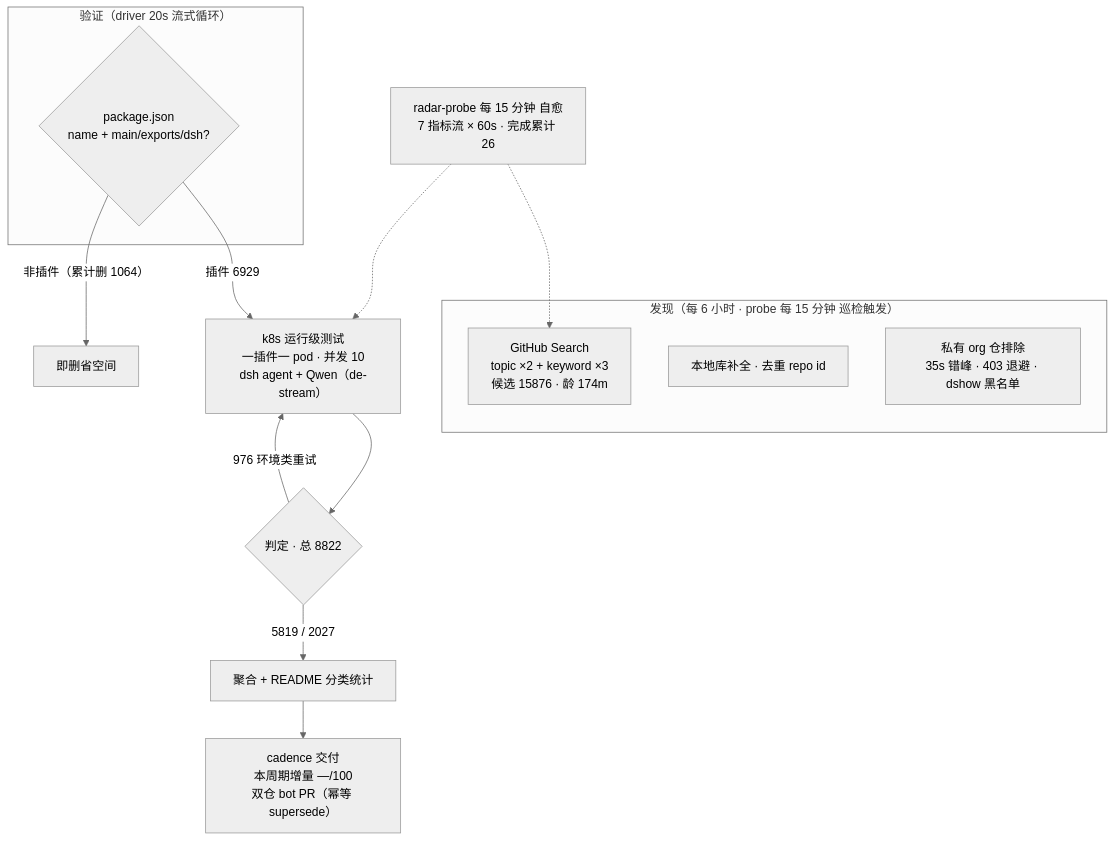
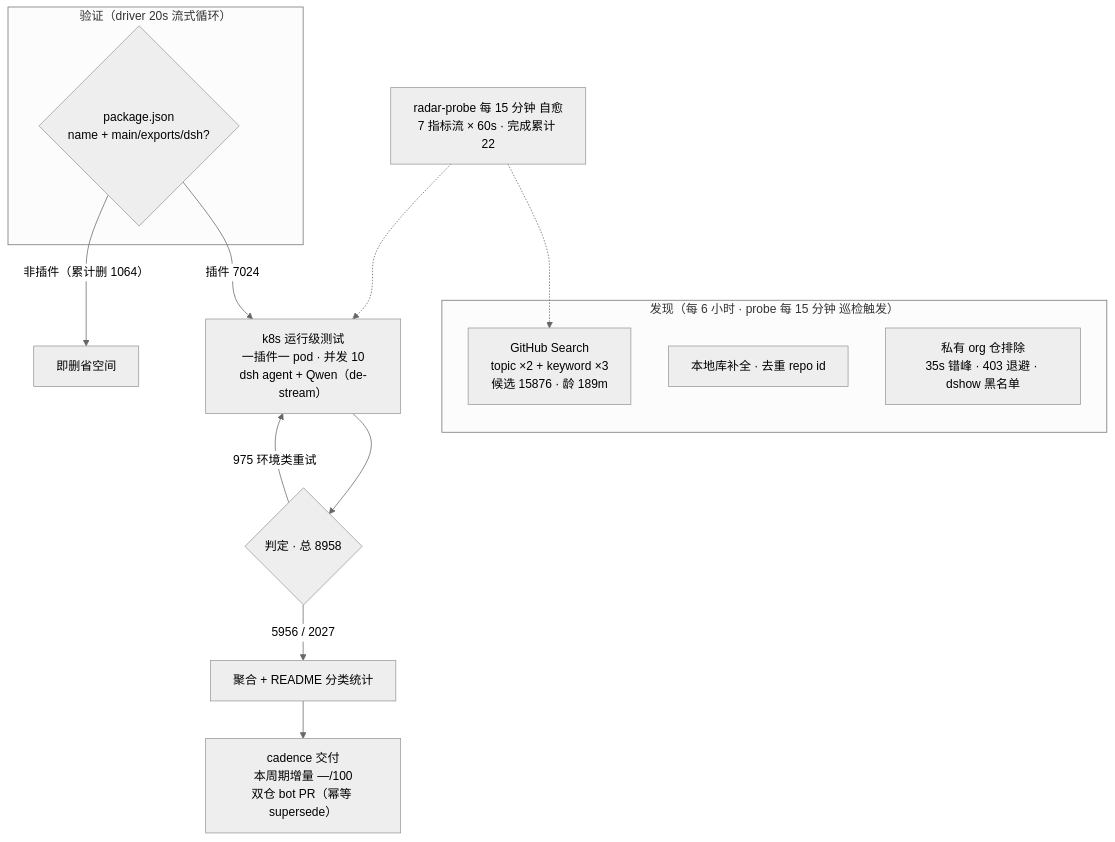
One commit to Zhidao-Lab-OSS/awesome-dsh-plugins changed the diagram in README.md. Above: the diagram before and after it, drawn with Mermaid (neutral theme). The commit also changed other lines of this file and 1 other file, not shown here.

````diff
--- a/README.md
+++ b/README.md
@@ -37,20 +37,20 @@
 ```mermaid
 flowchart TB
     subgraph Discovery["发现（每 6 小时 · probe 每 15 分钟 巡检触发）"]
-        A1["GitHub Search<br/>topic ×2 + keyword ×3<br/>候选 15876 · 龄 174m"]
+        A1["GitHub Search<br/>topic ×2 + keyword ×3<br/>候选 15876 · 龄 189m"]
         A2["本地库补全 · 去重 repo id"]
         A3["私有 org 仓排除<br/>35s 错峰 · 403 退避 · dshow 黑名单"]
     end
     subgraph Validation["验证（driver 20s 流式循环）"]
         B1{"package.json<br/>name + main/exports/dsh?"}
     end
-    B1 -->|"插件 6929"| C1["k8s 运行级测试<br/>一插件一 pod · 并发 10<br/>dsh agent + Qwen（de-stream）"]
+    B1 -->|"插件 7024"| C1["k8s 运行级测试<br/>一插件一 pod · 并发 10<br/>dsh agent + Qwen（de-stream）"]
     B1 -->|"非插件（累计删 1064）"| B3["即删省空间"]
-    C1 --> D1{"判定 · 总 8822"}
-    D1 -->|"5819 / 2027"| E1["聚合 + README 分类统计"]
-    D1 -->|"976 环境类重试"| C1
+    C1 --> D1{"判定 · 总 8958"}
+    D1 -->|"5956 / 2027"| E1["聚合 + README 分类统计"]
+    D1 -->|"975 环境类重试"| C1
     E1 --> E2["cadence 交付<br/>本周期增量 —/100<br/>双仓 bot PR（幂等 supersede）"]
-    M["radar-probe 每 15 分钟 自愈<br/>7 指标流 × 60s · 完成累计 26"]
+    M["radar-probe 每 15 分钟 自愈<br/>7 指标流 × 60s · 完成累计 22"]
     M -.-> A1
     M -.-> C1
 ```
````
